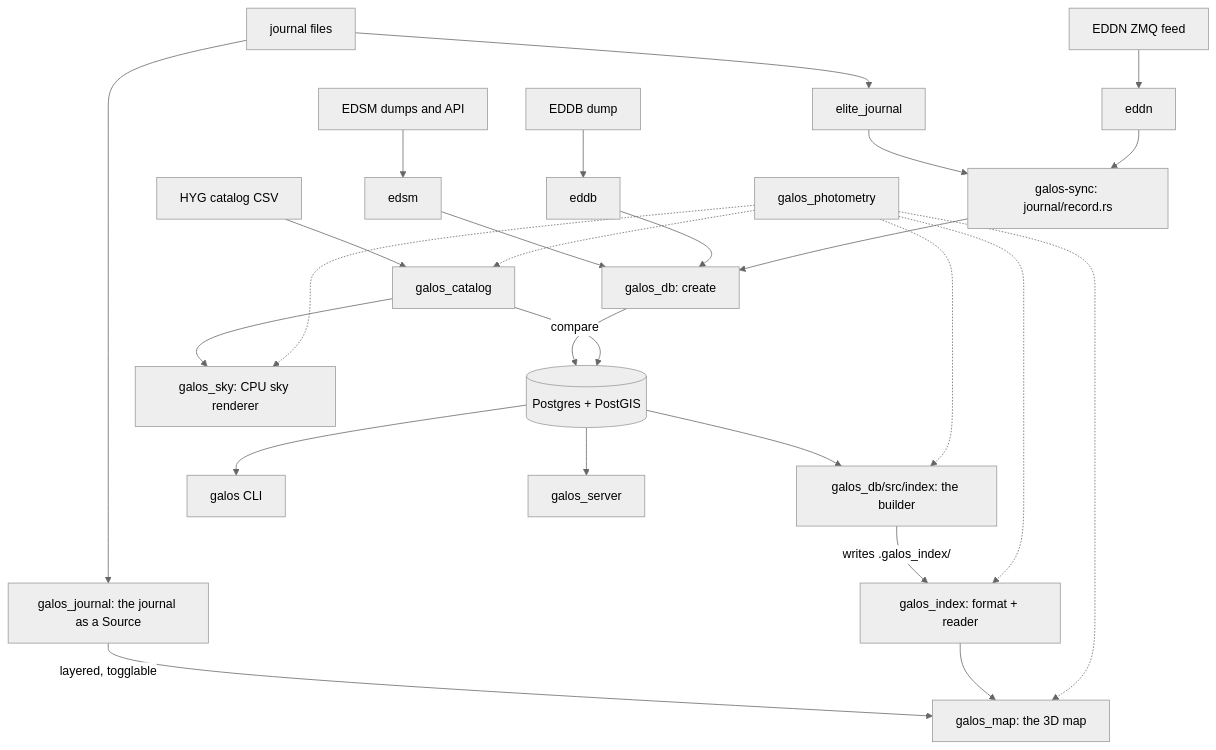
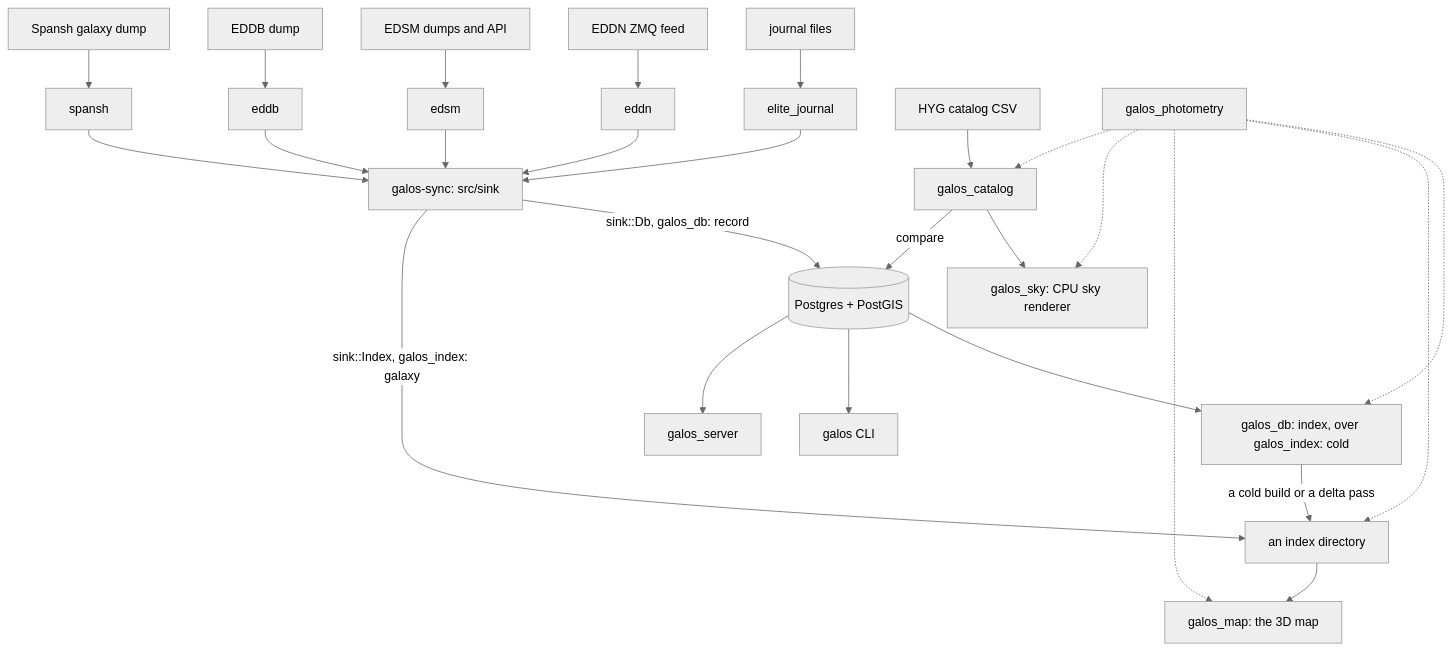
One commit to nixpulvis/galos changed the diagram in ARCHITECTURE.md. Above: the diagram before and after it, drawn with Mermaid (neutral theme). The commit also changed other lines of this file and 114 other files, not shown here.

First line of the commit message:
Build the index a region at a time, from a dump or a database

````diff
--- a/ARCHITECTURE.md
+++ b/ARCHITECTURE.md
@@ -28,33 +27,33 @@
 ```mermaid
 flowchart TD
     J[journal files] --> ES[elite_journal]
     N[EDDN ZMQ feed] --> ED[eddn]
     S[EDSM dumps and API] --> ES2[edsm]
     B[EDDB dump] --> ED2[eddb]
+    SP[Spansh galaxy dump] --> SPC[spansh]
 
-    ES --> R["galos-sync: journal/record.rs"]
-    ED --> R
-    J --> JI["galos_journal: the journal as a Source"]
-    JI -->|"layered, togglable"| MAP
-    ES2 --> DBW
-    ED2 --> DBW
-    R --> DBW[galos_db: create]
+    ES --> SYNC["galos-sync: src/sink"]
+    ED --> SYNC
+    ES2 --> SYNC
+    ED2 --> SYNC
+    SPC --> SYNC
 
-    DBW --> PG[(Postgres + PostGIS)]
-    PG --> BAKE["galos_db/src/index: the builder"]
-    BAKE -->|"writes .galos_index/"| IDX["galos_index: format + reader"]
+    SYNC -->|"sink::Db, galos_db: record"| PG[(Postgres + PostGIS)]
+    SYNC -->|"sink::Index, galos_index: galaxy"| IDX["an index directory"]
+    PG --> BAKE["galos_db: index, over galos_index: cold"]
+    BAKE -->|"a cold build or a delta pass"| IDX
 
     IDX --> MAP["galos_map: the 3D map"]
     PG --> CLI[galos CLI]
     PG --> SRV[galos_server]
 
     HYG[HYG catalog CSV] --> CAT[galos_catalog]
     CAT --> SKY["galos_sky: CPU sky renderer"]
     CAT -->|compare| PG
 
     PHOT[galos_photometry] -.-> BAKE
     PHOT -.-> IDX
     PHOT -.-> MAP
     PHOT -.-> SKY
     PHOT -.-> CAT
 ```
````
